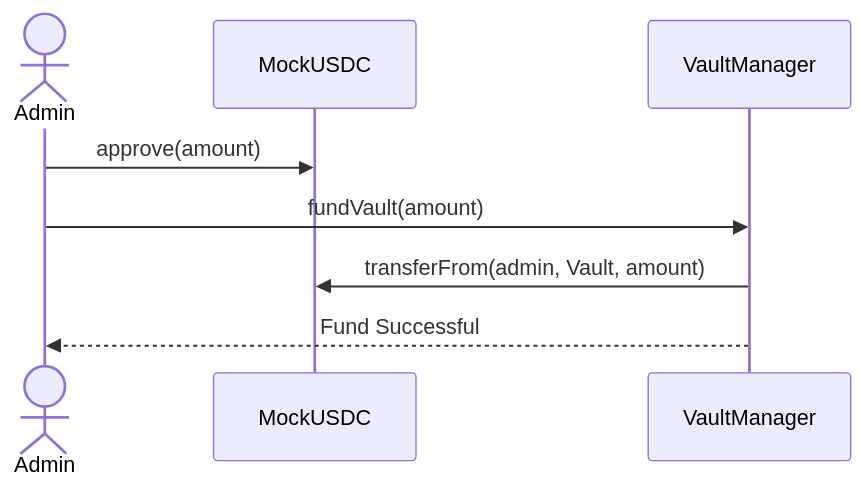
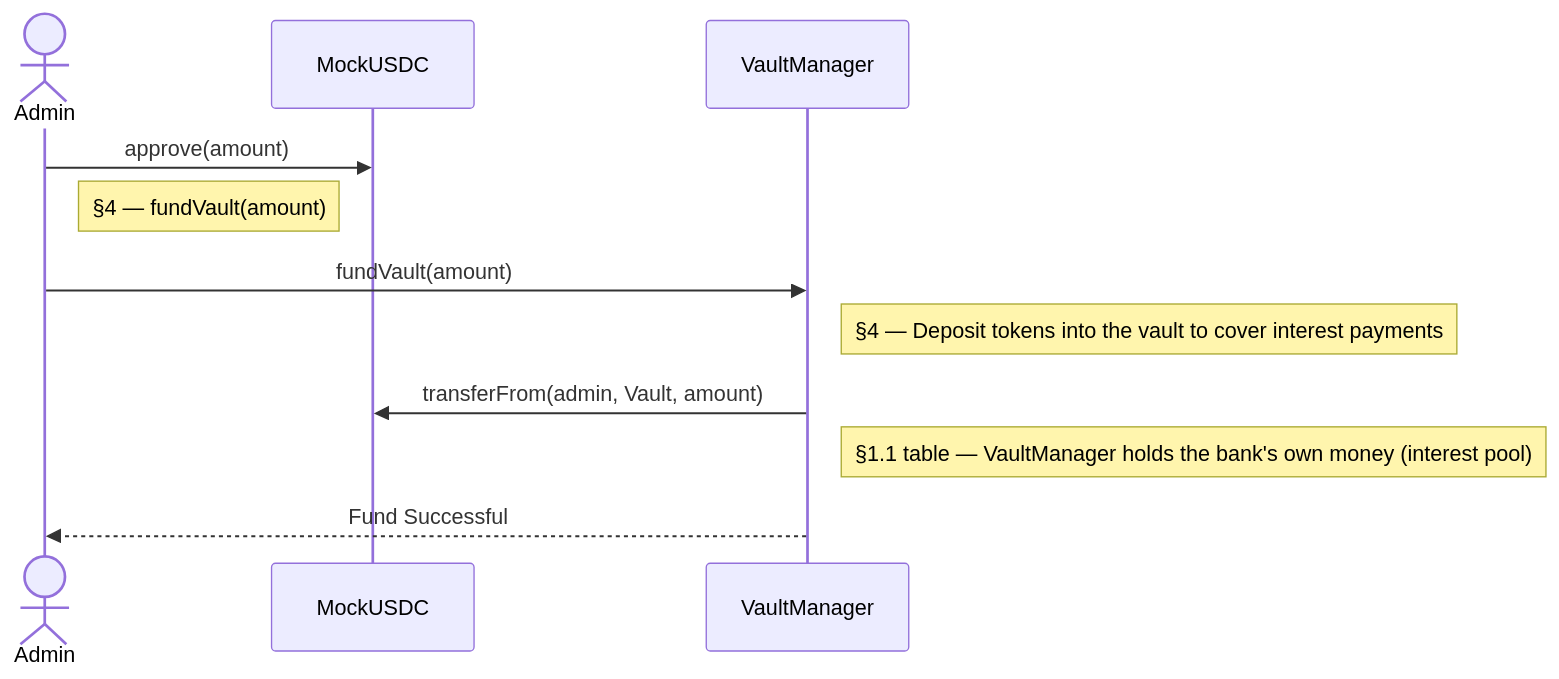
Before and after one commit to yang-sin-pal/AC_BlockChain_Online_Saving: the sixth of 6 diagrams in docs/sequence-diagram.md, drawn with Mermaid. The commit also changed other lines of this file, not shown here.

Commit message:
fix: enhance sequence diagrams with detailed notes for deposit, withdrawal, and renewal processes

````diff
--- a/docs/sequence-diagram.md
+++ b/docs/sequence-diagram.md
@@ -120,13 +164,17 @@
 ```mermaid
 sequenceDiagram
     actor Admin
     participant USDC as MockUSDC
     participant Vault as VaultManager
 
     Admin->>USDC: approve(amount)
+    Note right of Admin: §4 — fundVault(amount)
+
     Admin->>Vault: fundVault(amount)
+    Note right of Vault: §4 — Deposit tokens into the vault to cover interest payments
 
     Vault->>USDC: transferFrom(admin, Vault, amount)
+    Note right of Vault: §1.1 table — VaultManager holds the bank's own money (interest pool)
 
     Vault-->>Admin: Fund Successful
 ```
````
